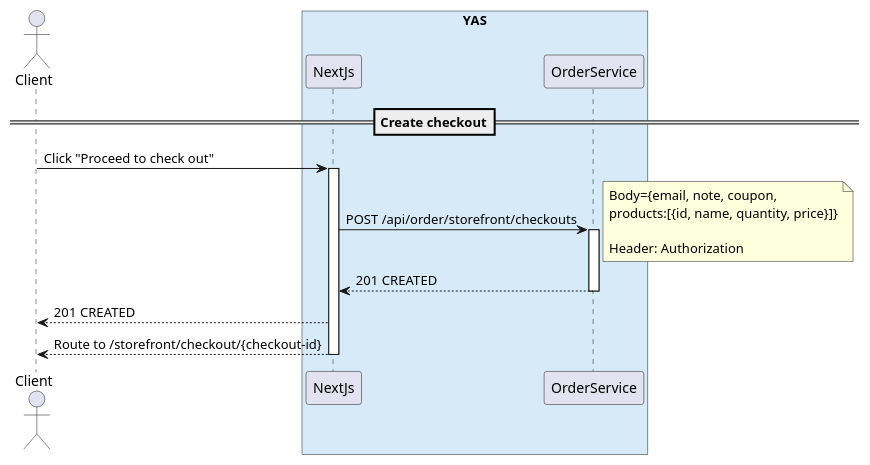
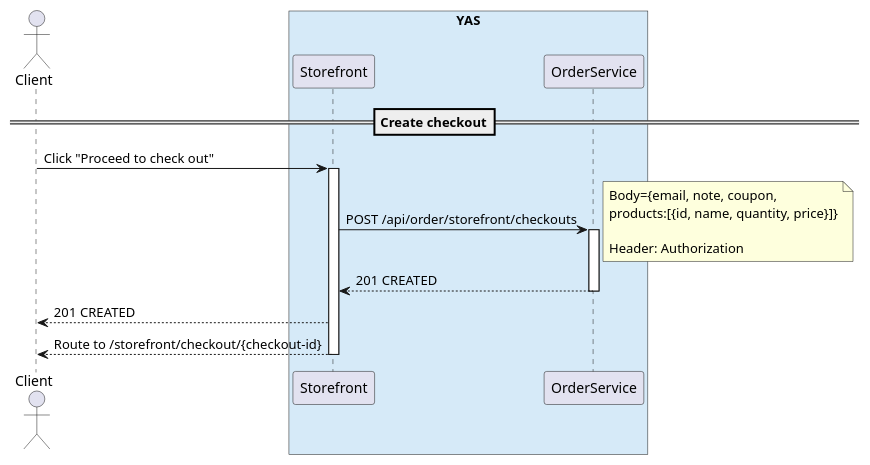
One commit to nashtech-garage/yas changed the diagram in order/docs/uml/CreateCheckoutFlow.puml. Above: the diagram before and after it, drawn with PlantUML. The commit also changed 5 other files, not shown here.

Commit message:
Rename NextJs to Storefront in diagrams

```diff
--- a/order/docs/uml/CreateCheckoutFlow.puml
+++ b/order/docs/uml/CreateCheckoutFlow.puml
@@ -1,23 +1,23 @@
 @startuml Create checkout
 actor Client
 box "YAS" #D6EAF8 
-participant NextJs as NextJs
+participant Storefront as NextJs
 participant OrderService as order
 end box
 ==Create checkout==
 Client -> NextJs: Click "Proceed to check out"
 activate NextJs
 NextJs -> order: POST /api/order/storefront/checkouts
 note right
 Body={email, note, coupon,
 products:[{id, name, quantity, price}]}
 
 Header: Authorization
 end note
 activate order
 order --> NextJs: 201 CREATED
 deactivate order
 NextJs --> Client: 201 CREATED
 NextJs --> Client: Route to /storefront/checkout/{checkout-id}
 deactivate NextJs
 @enduml
```
